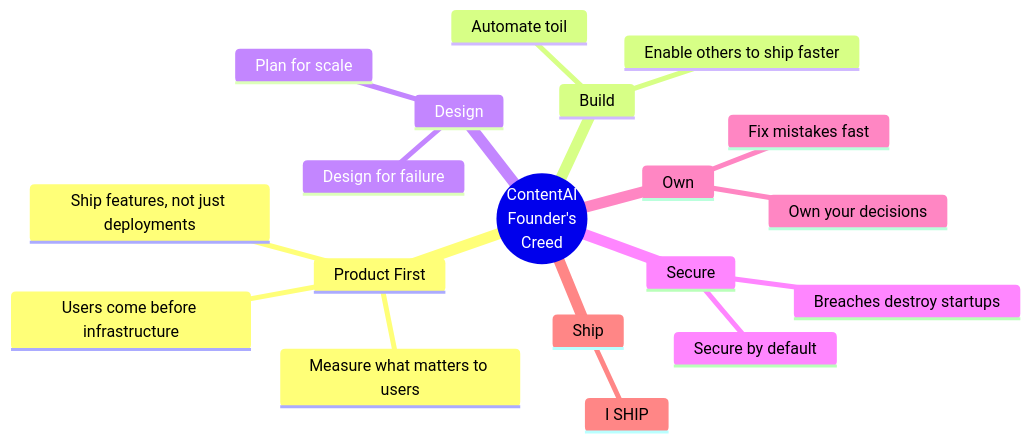
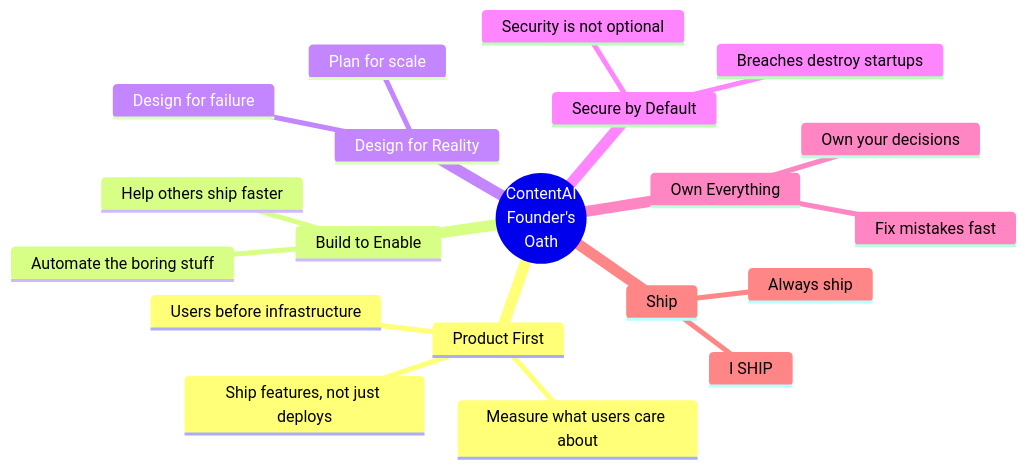
Before and after one commit to PearlThoughtsInternship/Internship-Obsidian-Vault: the fifth of 5 diagrams in DevOps/04-Internship/01-Before-You-Begin.md, drawn with Mermaid. The commit also changed other lines of this file and 1 other file, not shown here.

First line of the commit message:
Add storytelling narrative to README and Before You Begin

````diff
--- a/DevOps/04-Internship/01-Before-You-Begin.md
+++ b/DevOps/04-Internship/01-Before-You-Begin.md
@@ -198,22 +255,23 @@
 ```mermaid
 mindmap
-  root((ContentAI<br/>Founder's<br/>Creed))
+  root((ContentAI<br/>Founder's<br/>Oath))
     Product First
-      Users come before infrastructure
-      Ship features, not just deployments
-      Measure what matters to users
-    Build
-      Enable others to ship faster
-      Automate toil
-    Design
+      Users before infrastructure
+      Ship features, not just deploys
+      Measure what users care about
+    Build to Enable
+      Help others ship faster
+      Automate the boring stuff
+    Design for Reality
       Design for failure
       Plan for scale
-    Secure
-      Secure by default
+    Secure by Default
       Breaches destroy startups
-    Own
+      Security is not optional
+    Own Everything
       Own your decisions
       Fix mistakes fast
     Ship
       I SHIP
+      Always ship
 ```
````
